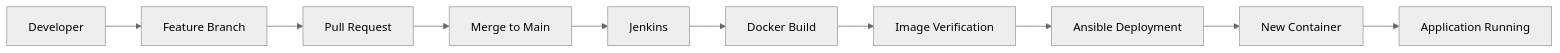
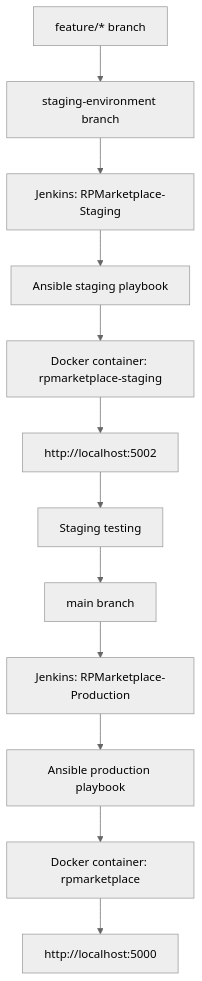
The second of 3 diagrams in README.md (jackso271/C270-E62H-Team3), drawn with Mermaid (neutral theme) before and after one commit. The commit also changed other lines of this file, not shown here.

````diff
--- a/README.md
+++ b/README.md
@@ -403,12 +115,27 @@
 ```mermaid
-flowchart LR
-    A[Developer] --> B[Feature Branch]
-    B --> C[Pull Request]
-    C --> D[Merge to Main]
-    D --> E[Jenkins]
-    E --> F[Docker Build]
-    F --> G[Image Verification]
-    G --> H[Ansible Deployment]
-    H --> I[New Container]
-    I --> J[Application Running]
+flowchart TD
+    Feature[feature/* branch]
+    StagingBranch[staging-environment branch]
+    StagingJob[Jenkins: RPMarketplace-Staging]
+    StagingAnsible[Ansible staging playbook]
+    StagingDocker[Docker container: rpmarketplace-staging]
+    StagingURL[http://localhost:5002]
+    Testing[Staging testing]
+    Main[main branch]
+    ProductionJob[Jenkins: RPMarketplace-Production]
+    ProductionAnsible[Ansible production playbook]
+    ProductionDocker[Docker container: rpmarketplace]
+    ProductionURL[http://localhost:5000]
+
+    Feature --> StagingBranch
+    StagingBranch --> StagingJob
+    StagingJob --> StagingAnsible
+    StagingAnsible --> StagingDocker
+    StagingDocker --> StagingURL
+    StagingURL --> Testing
+    Testing --> Main
+    Main --> ProductionJob
+    ProductionJob --> ProductionAnsible
+    ProductionAnsible --> ProductionDocker
+    ProductionDocker --> ProductionURL
 ```
````
